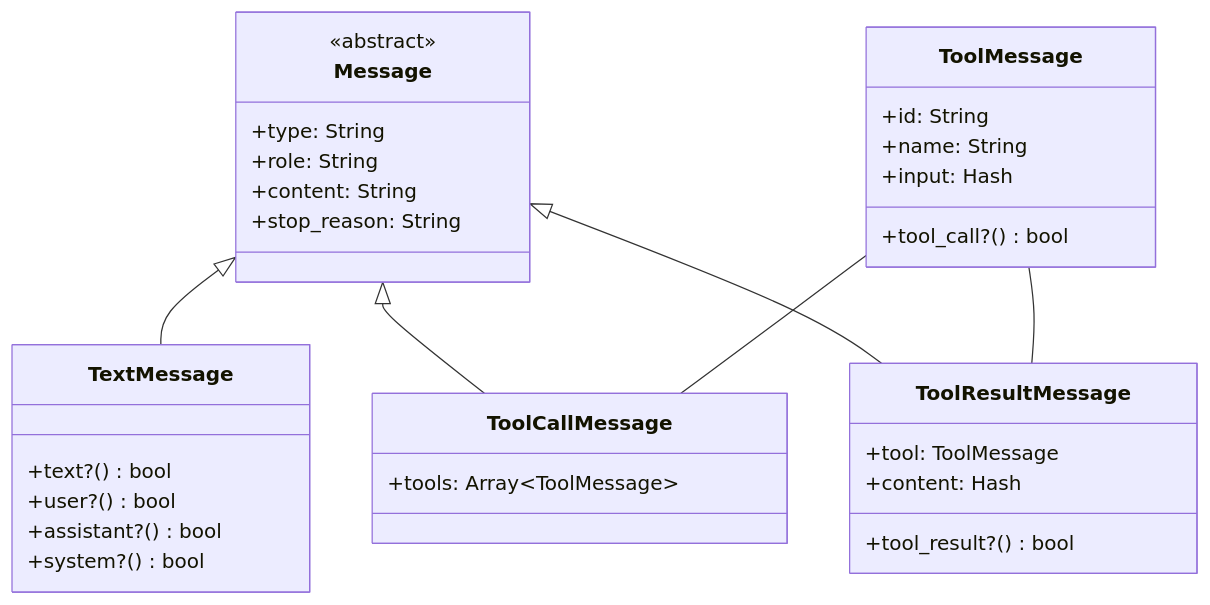
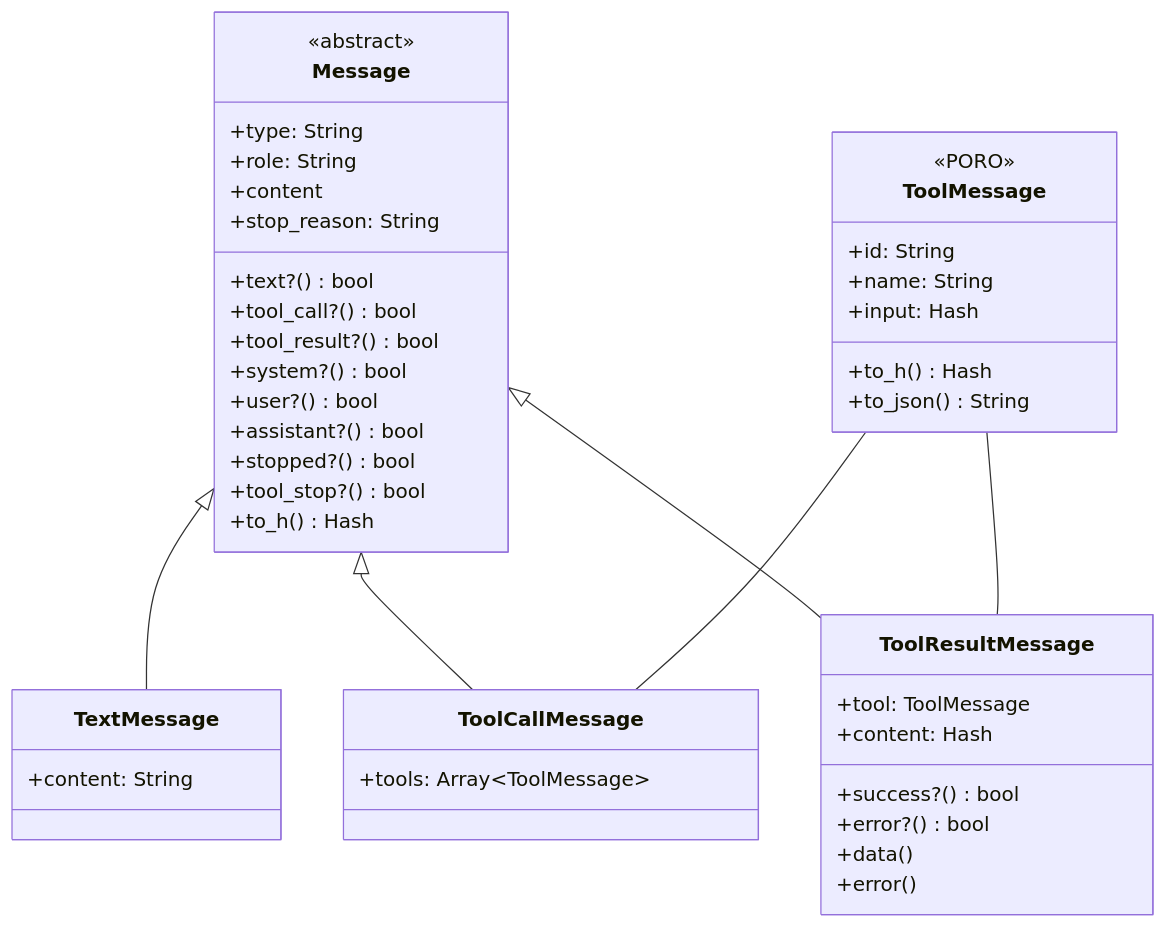
One commit to MadBomber/robot_lab changed the first of 3 diagrams in docs/architecture/message-flow.md. Above: the diagram before and after it, drawn with Mermaid. The commit also changed other lines of this file and 45 other files, not shown here.

````diff
--- a/docs/architecture/message-flow.md
+++ b/docs/architecture/message-flow.md
@@ -9,40 +9,51 @@
 ```mermaid
 classDiagram
     class Message {
         <<abstract>>
         +type: String
         +role: String
-        +content: String
+        +content
         +stop_reason: String
+        +text?() bool
+        +tool_call?() bool
+        +tool_result?() bool
+        +system?() bool
+        +user?() bool
+        +assistant?() bool
+        +stopped?() bool
+        +tool_stop?() bool
+        +to_h() Hash
     }
 
     class TextMessage {
-        +text?() bool
-        +user?() bool
-        +assistant?() bool
-        +system?() bool
+        +content: String
     }
 
     class ToolMessage {
+        <<PORO>>
         +id: String
         +name: String
         +input: Hash
-        +tool_call?() bool
+        +to_h() Hash
+        +to_json() String
     }
 
     class ToolCallMessage {
         +tools: Array~ToolMessage~
     }
 
     class ToolResultMessage {
         +tool: ToolMessage
         +content: Hash
-        +tool_result?() bool
+        +success?() bool
+        +error?() bool
+        +data()
+        +error()
     }
 
     Message <|-- TextMessage
     Message <|-- ToolCallMessage
     Message <|-- ToolResultMessage
     ToolMessage -- ToolCallMessage
     ToolMessage -- ToolResultMessage
 ```
````
